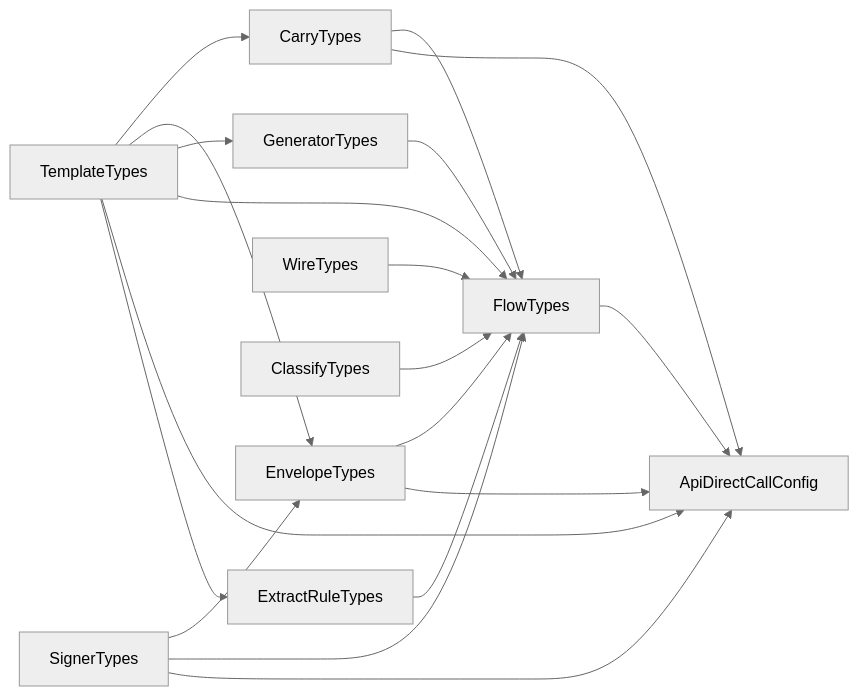
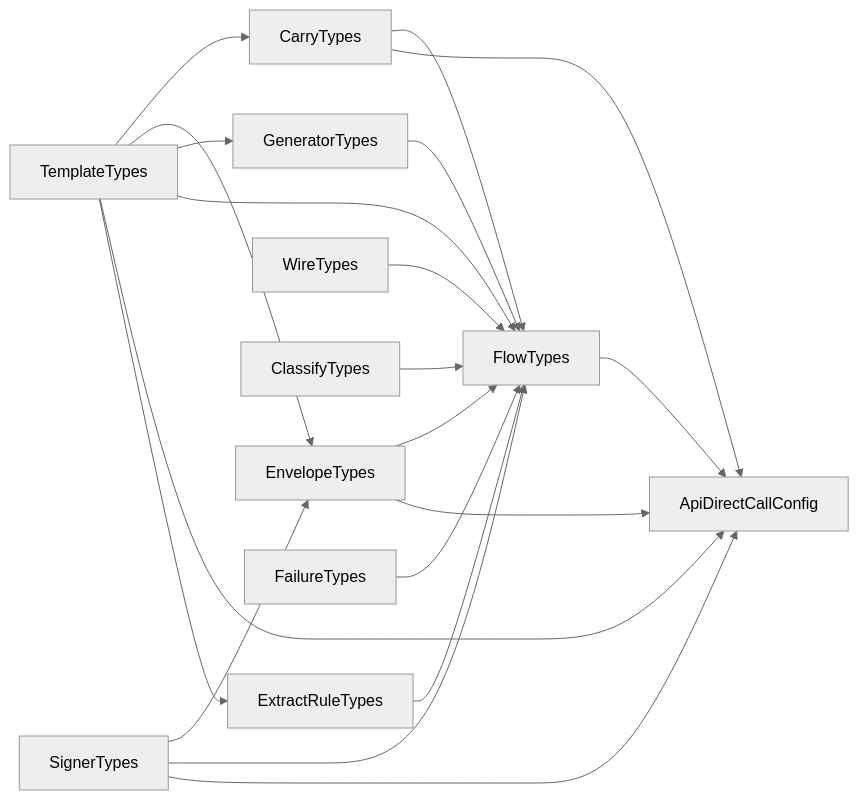
Before and after one commit to sergienko4/israeli-bank-scrapers: the diagram in docs/architecture/config-contracts.md, drawn with Mermaid (neutral theme). The commit also changed other lines of this file and 12 other files, not shown here.

````diff
--- a/docs/architecture/config-contracts.md
+++ b/docs/architecture/config-contracts.md
@@ -34,31 +35,33 @@
 ```mermaid
 flowchart LR
     T[TemplateTypes]
     S[SignerTypes]
     C[CarryTypes]
     E[EnvelopeTypes]
     G[GeneratorTypes]
     W[WireTypes]
     K[ClassifyTypes]
     X[ExtractRuleTypes]
+    Y[FailureTypes]
     F[FlowTypes]
     A[ApiDirectCallConfig]
     T --> C
     T --> E
     T --> G
     T --> F
     T --> A
     S --> E
     S --> F
     S --> A
     C --> F
     C --> A
     E --> F
     E --> A
     T --> X
     G --> F
     X --> F
     W --> F
     K --> F
+    Y --> F
     F --> A
 ```
````
